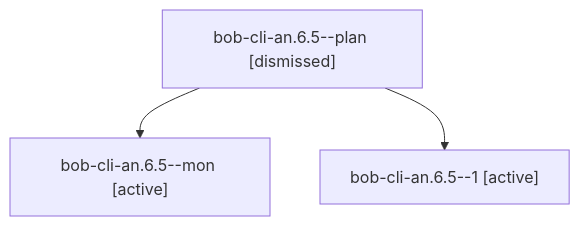
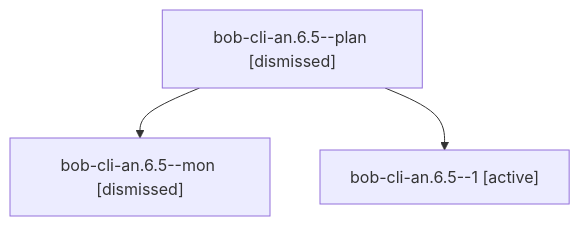
Before and after one commit to bobs-org/bob-cli--agents: the diagram in sessions/bbugyi200.athena.bob-cli-an.6.5.md, drawn with Mermaid. The commit also changed other lines of this file and 551 other files, not shown here.

````diff
--- a/sessions/bbugyi200.athena.bob-cli-an.6.5.md
+++ b/sessions/bbugyi200.athena.bob-cli-an.6.5.md
@@ -9,8 +9,8 @@
 ```mermaid
 flowchart TD
   n0["bob-cli-an.6.5--plan [dismissed]"]
-  n1["bob-cli-an.6.5--mon [active]"]
+  n1["bob-cli-an.6.5--mon [dismissed]"]
   n0 --> n1
   n2["bob-cli-an.6.5--1 [active]"]
   n0 --> n2
 ```
````
